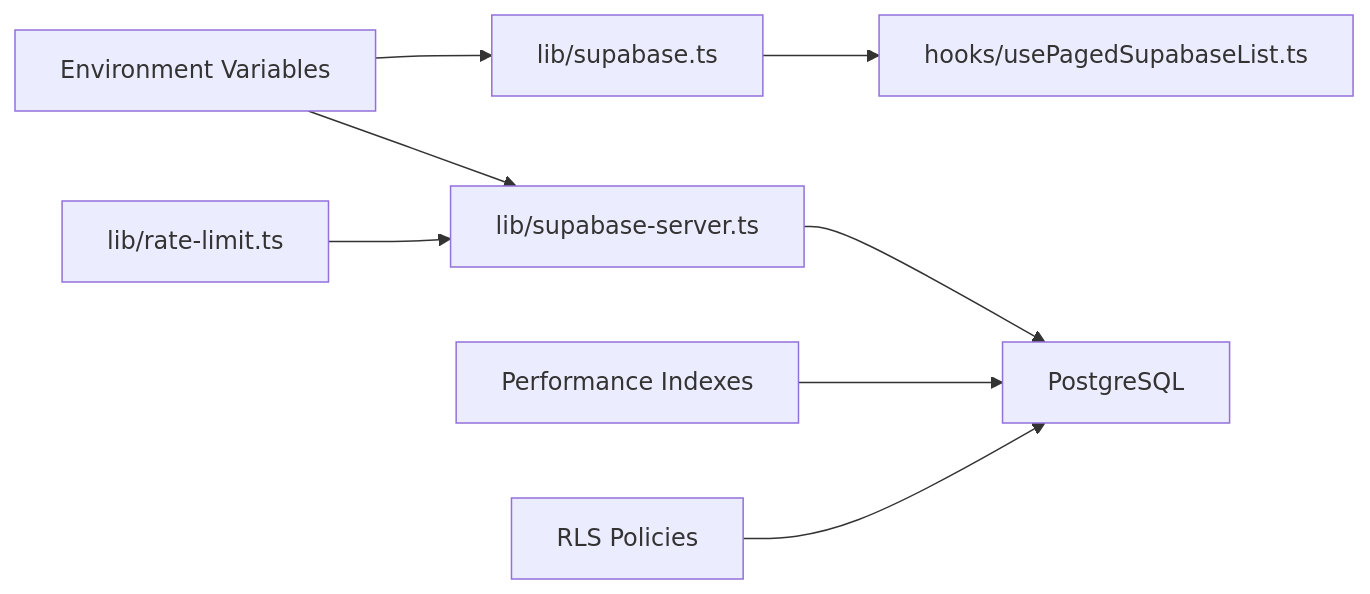
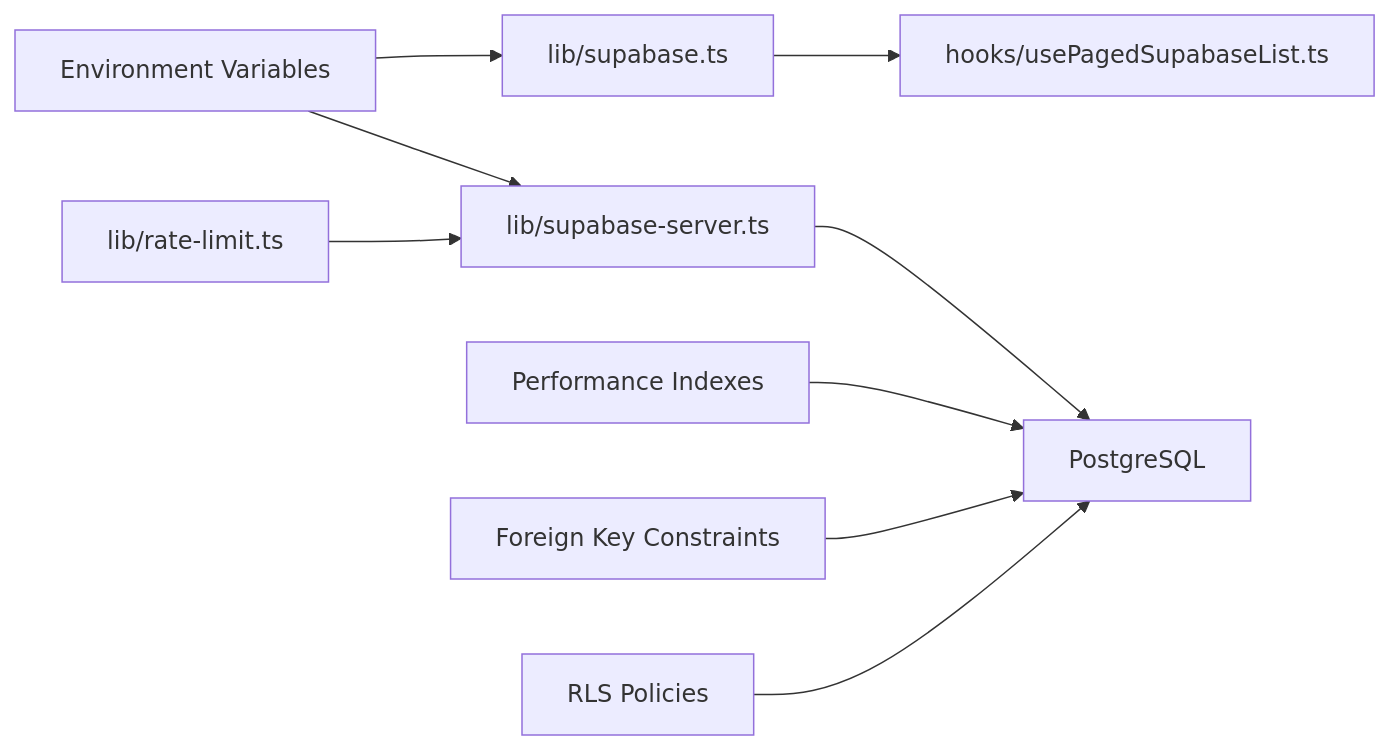
Before and after one commit to mustafaalkusaj/appschoolmustafa2002: the eighth of 8 diagrams in .qoder/repowiki/en/content/Performance & Scalability.md, drawn with Mermaid. The commit also changed other lines of this file and 85 other files, not shown here.

````diff
--- a/.qoder/repowiki/en/content/Performance & Scalability.md
+++ b/.qoder/repowiki/en/content/Performance & Scalability.md
@@ -312,10 +357,11 @@
 ```mermaid
 graph LR
 Env["Environment Variables"] --> SupaTS["lib/supabase.ts"]
 Env --> SupaServer["lib/supabase-server.ts"]
 SupaTS --> Hook["hooks/usePagedSupabaseList.ts"]
 SupaServer --> DB["PostgreSQL"]
 RL["lib/rate-limit.ts"] --> SupaServer
 Indexes["Performance Indexes"] --> DB
+Constraints["Foreign Key Constraints"] --> DB
 RLS["RLS Policies"] --> DB
 ```
````
